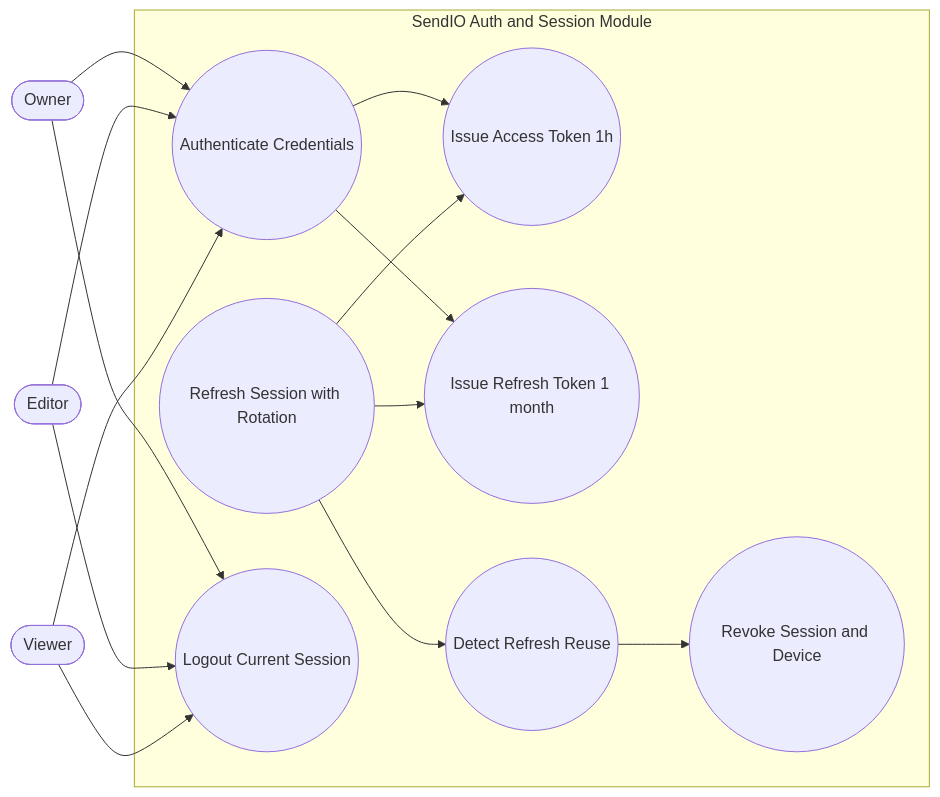
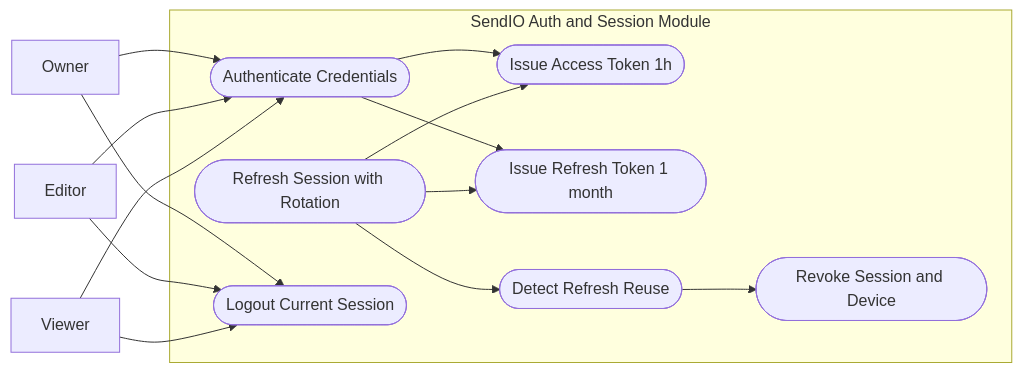
One commit to Chopyh/SendIO changed the diagram in docs/analysis/interactions/auth-session-use-cases.md. Above: the diagram before and after it, drawn with Mermaid. The commit also changed 40 other files, not shown here.

Commit message:
Translate design documentation to Spanish, update activity and component diagrams, and add new system design chapter for SendIO. Implement Docker Redis queue worker and enhance validation documentation. Refactor frontend campaign list page and update shell scripts for queue management.

````diff
--- a/docs/analysis/interactions/auth-session-use-cases.md
+++ b/docs/analysis/interactions/auth-session-use-cases.md
@@ -5,30 +5,30 @@
 ```mermaid
 flowchart LR
-  Owner([Owner])
-  Editor([Editor])
-  Viewer([Viewer])
+  Owner[Owner]
+  Editor[Editor]
+  Viewer[Viewer]
 
   subgraph SendIOAuth[SendIO Auth and Session Module]
-    UC1((Authenticate Credentials))
-    UC2((Issue Access Token 1h))
-    UC3((Issue Refresh Token 1 month))
-    UC4((Refresh Session with Rotation))
-    UC5((Detect Refresh Reuse))
-    UC6((Revoke Session and Device))
-    UC7((Logout Current Session))
+    UC1([Authenticate Credentials])
+    UC2([Issue Access Token 1h])
+    UC3([Issue Refresh Token 1 month])
+    UC4([Refresh Session with Rotation])
+    UC5([Detect Refresh Reuse])
+    UC6([Revoke Session and Device])
+    UC7([Logout Current Session])
   end
 
   Owner --> UC1
   Editor --> UC1
   Viewer --> UC1
 
   UC1 --> UC2
   UC1 --> UC3
   UC4 --> UC2
   UC4 --> UC3
   UC4 --> UC5
   UC5 --> UC6
   Owner --> UC7
   Editor --> UC7
   Viewer --> UC7
 ```
````
